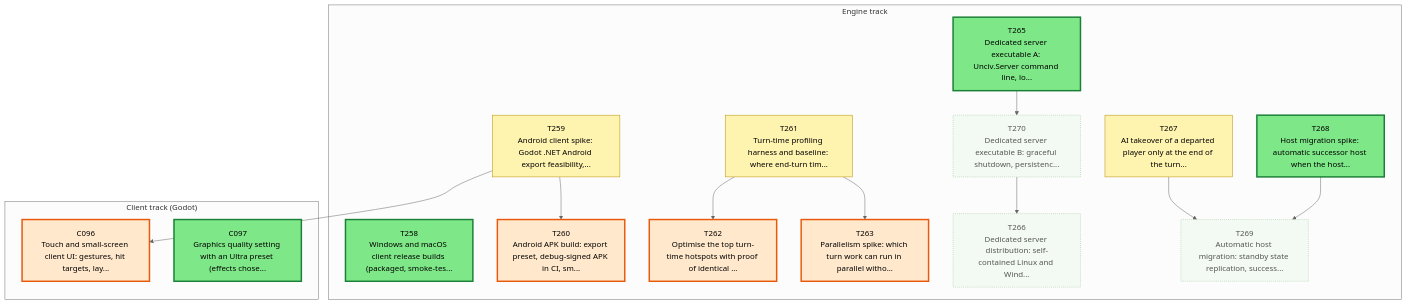
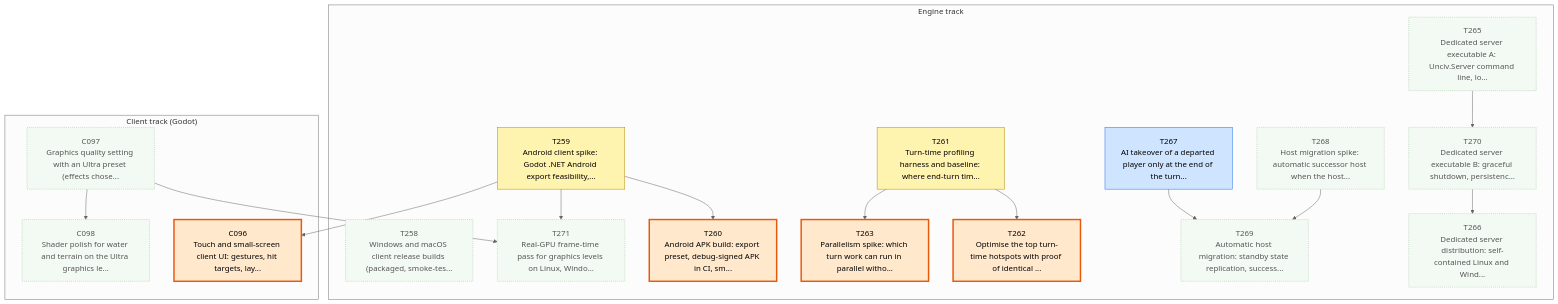
One commit to Kenmura/Unciv changed the first of 3 diagrams in csharp/migration/DEPENDENCY_MAP.md. Above: the diagram before and after it, drawn with Mermaid (neutral theme). The commit also changed other lines of this file and 3 other files, not shown here.

````diff
--- a/csharp/migration/DEPENDENCY_MAP.md
+++ b/csharp/migration/DEPENDENCY_MAP.md
@@ -35,50 +35,57 @@
 ```mermaid
 flowchart TD
   subgraph TTRACK["Engine track"]
     T258["T258<br/>Windows and macOS client release builds (packaged, smoke-tes..."]
     T259["T259<br/>Android client spike: Godot .NET Android export feasibility,..."]
     T260["T260<br/>Android APK build: export preset, debug-signed APK in CI, sm..."]
     T261["T261<br/>Turn-time profiling harness and baseline: where end-turn tim..."]
     T262["T262<br/>Optimise the top turn-time hotspots with proof of identical ..."]
     T263["T263<br/>Parallelism spike: which turn work can run in parallel witho..."]
     T265["T265<br/>Dedicated server executable A: Unciv.Server command line, lo..."]
     T266["T266<br/>Dedicated server distribution: self-contained Linux and Wind..."]
     T267["T267<br/>AI takeover of a departed player only at the end of the turn..."]
     T268["T268<br/>Host migration spike: automatic successor host when the host..."]
     T269["T269<br/>Automatic host migration: standby state replication, success..."]
     T270["T270<br/>Dedicated server executable B: graceful shutdown, persistenc..."]
+    T271["T271<br/>Real-GPU frame-time pass for graphics levels on Linux, Windo..."]
   end
   subgraph CTRACK["Client track (Godot)"]
     C096["C096<br/>Touch and small-screen client UI: gestures, hit targets, lay..."]
     C097["C097<br/>Graphics quality setting with an Ultra preset (effects chose..."]
+    C098["C098<br/>Shader polish for water and terrain on the Ultra graphics le..."]
   end
   T259 --> T260
   T261 --> T262
   T261 --> T263
   T270 --> T266
   T268 --> T269
   T267 --> T269
   T265 --> T270
+  T259 --> T271
+  C097 --> T271
   T259 --> C096
+  C097 --> C098
   classDef waiting fill:#f3faf3,stroke:#9bc49b,color:#555,stroke-dasharray:2 2
   classDef ondeck fill:#ffe8cc,stroke:#e8590c,stroke-width:3px,color:#000
   classDef ready fill:#7ee787,stroke:#1a7f37,stroke-width:3px,color:#000
   classDef prog fill:#fff3b0,stroke:#b58900,color:#000
   classDef review fill:#cfe4ff,stroke:#1f6feb,color:#000
   classDef blocked fill:#ffd6d6,stroke:#c62828,color:#000
   classDef done fill:#eeeeee,stroke:#999999,color:#666,stroke-dasharray:4 3
   class C096 ondeck
-  class C097 ready
-  class T258 ready
+  class C097 waiting
+  class C098 waiting
+  class T258 waiting
   class T259 prog
   class T260 ondeck
   class T261 prog
   class T262 ondeck
   class T263 ondeck
-  class T265 ready
+  class T265 waiting
   class T266 waiting
-  class T267 prog
-  class T268 ready
+  class T267 review
+  class T268 waiting
   class T269 waiting
   class T270 waiting
+  class T271 waiting
 ```
````
